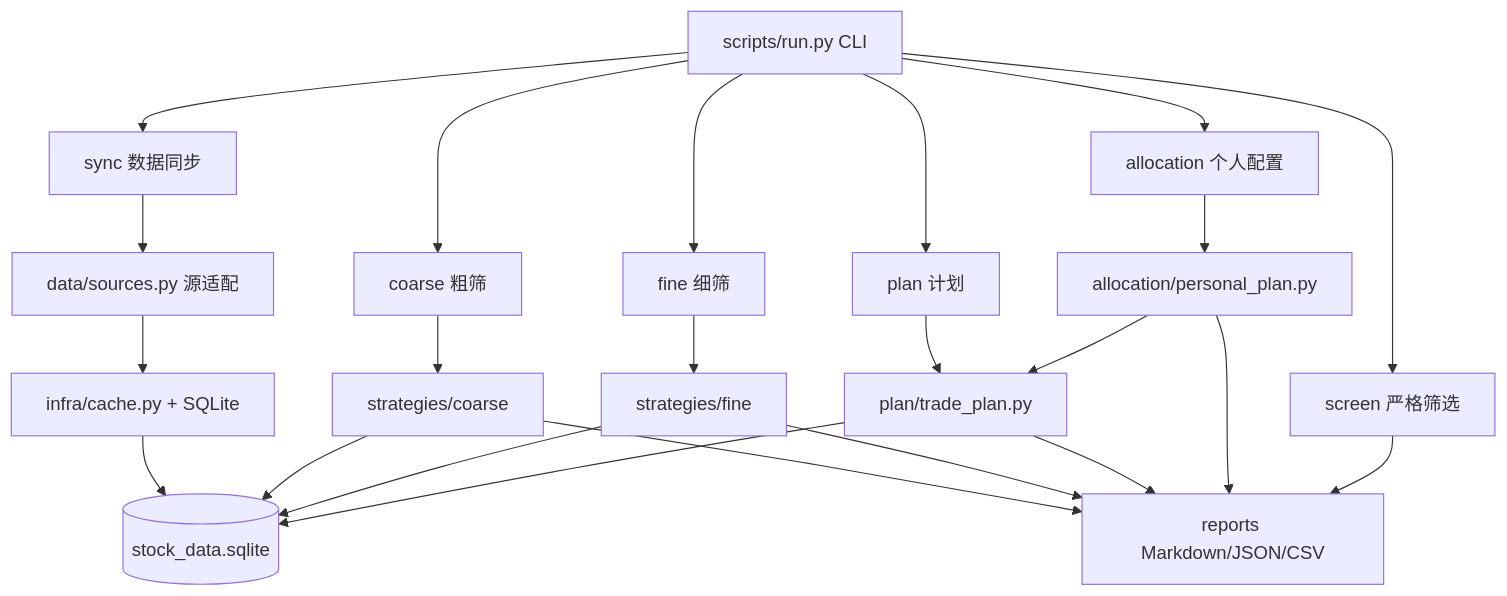
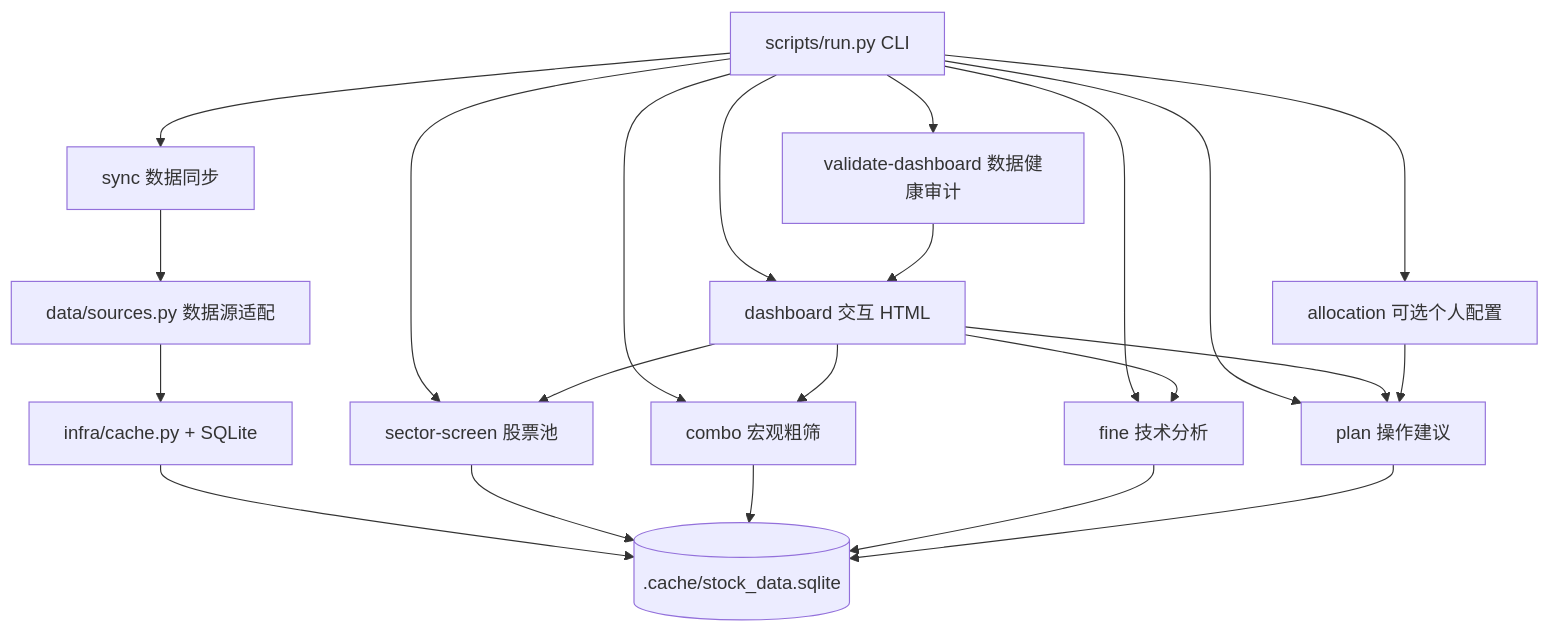
One commit to dlxu1/tech-growth-stock-screener changed the diagram in README.md. Above: the diagram before and after it, drawn with Mermaid. The commit also changed other lines of this file and 14 other files, not shown here.

````diff
--- a/README.md
+++ b/README.md
@@ -23,29 +38,26 @@
 ```mermaid
 flowchart TD
   CLI["scripts/run.py CLI"] --> Sync["sync 数据同步"]
-  CLI --> Coarse["coarse 粗筛"]
-  CLI --> Fine["fine 细筛"]
-  CLI --> Plan["plan 计划"]
-  CLI --> Allocation["allocation 个人配置"]
-  CLI --> Screen["screen 严格筛选"]
+  CLI --> Sector["sector-screen 股票池"]
+  CLI --> Combo["combo 宏观粗筛"]
+  CLI --> Fine["fine 技术分析"]
+  CLI --> Plan["plan 操作建议"]
+  CLI --> Dashboard["dashboard 交互 HTML"]
+  CLI --> Validate["validate-dashboard 数据健康审计"]
+  CLI --> Allocation["allocation 可选个人配置"]
 
-  Sync --> Sources["data/sources.py 源适配"]
+  Sync --> Sources["data/sources.py 数据源适配"]
   Sources --> Cache["infra/cache.py + SQLite"]
-  Cache --> DB[("stock_data.sqlite")]
+  Cache --> DB[(".cache/stock_data.sqlite")]
 
-  Coarse --> CoarseLayer["strategies/coarse"]
-  Fine --> FineLayer["strategies/fine"]
-  Plan --> PlanLayer["plan/trade_plan.py"]
-  Allocation --> AllocationLayer["allocation/personal_plan.py"]
-
-  CoarseLayer --> DB
-  FineLayer --> DB
-  PlanLayer --> DB
-  AllocationLayer --> PlanLayer
-
-  CoarseLayer --> Reports["reports Markdown/JSON/CSV"]
-  FineLayer --> Reports
-  PlanLayer --> Reports
-  AllocationLayer --> Reports
-  Screen --> Reports
+  Sector --> DB
+  Combo --> DB
+  Fine --> DB
+  Plan --> DB
+  Dashboard --> Sector
+  Dashboard --> Combo
+  Dashboard --> Fine
+  Dashboard --> Plan
+  Validate --> Dashboard
+  Allocation --> Plan
 ```
````
